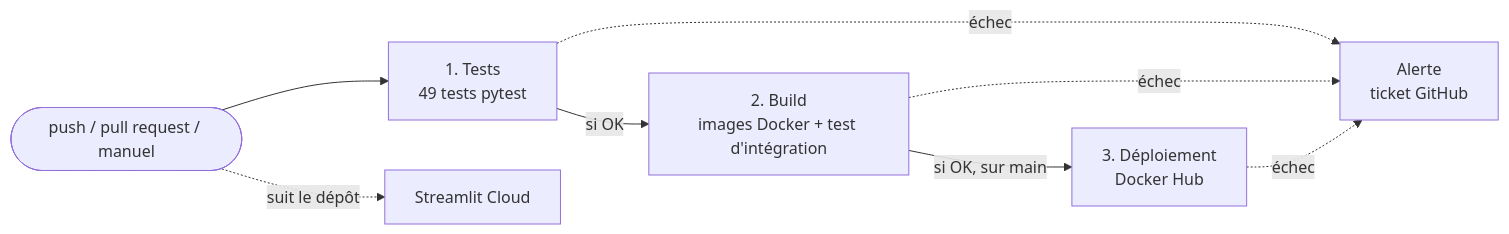
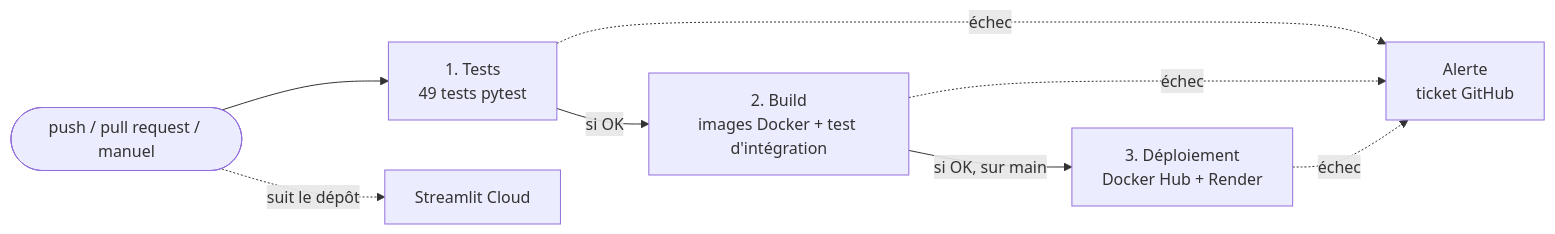
The diagram in docs/CI_CD.md (JoseBravo26/P11_agritech), drawn with Mermaid before and after one commit. The commit also changed other lines of this file and 2 other files, not shown here.

Commit message:
Docs : résumés des étapes 4 et 5 et CI_CD.md à jour (choix du pays, délai 60 s, redéploiement Render)

````diff
--- a/docs/CI_CD.md
+++ b/docs/CI_CD.md
@@ -15,10 +15,10 @@
 ```mermaid
 flowchart LR
     D([push / pull request / manuel]) --> T[1. Tests<br/>49 tests pytest]
     T -- si OK --> B[2. Build<br/>images Docker + test d'intégration]
-    B -- si OK, sur main --> P[3. Déploiement<br/>Docker Hub]
+    B -- si OK, sur main --> P[3. Déploiement<br/>Docker Hub + Render]
     T -. échec .-> A[Alerte<br/>ticket GitHub]
     B -. échec .-> A
     P -. échec .-> A
     D -. suit le dépôt .-> S[Streamlit Cloud]
 ```
````
